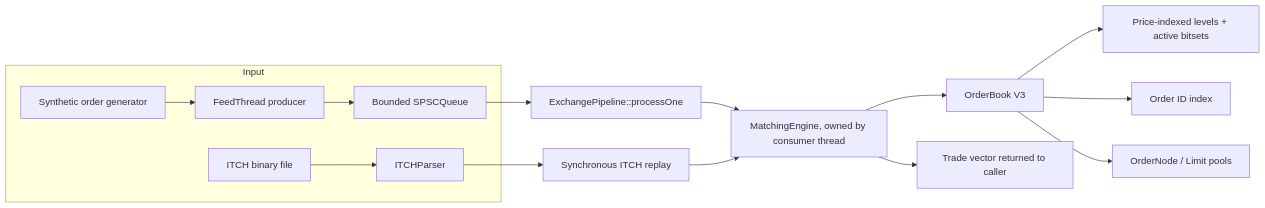
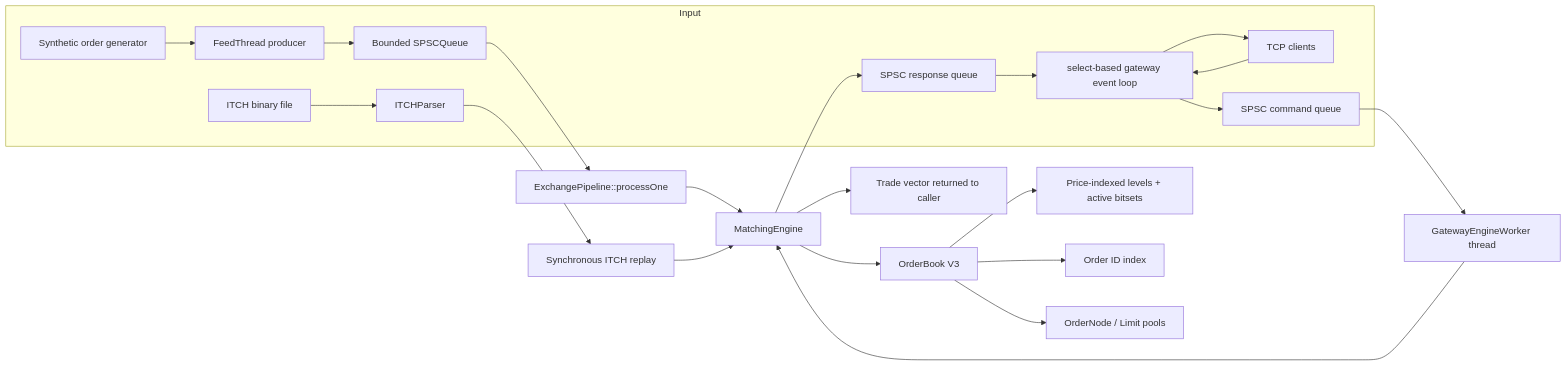
Before and after one commit to Sundramrai3691/low-latency-exchange-engine: the diagram in docs/ARCHITECTURE.md, drawn with Mermaid. The commit also changed other lines of this file and 12 other files, not shown here.

Commit message:
Enhance TCP gateway and order book functionality with new tests and benchmarks

````diff
--- a/docs/ARCHITECTURE.md
+++ b/docs/ARCHITECTURE.md
@@ -4,21 +4,30 @@
 ```mermaid
 flowchart LR
   subgraph Input
     Synthetic["Synthetic order generator"]
     Feed["FeedThread producer"]
     Queue["Bounded SPSCQueue<Order>"]
     ITCH["ITCHParser"]
     File["ITCH binary file"]
+    Clients["TCP clients"]
+    Gateway["select-based gateway event loop"]
+    Commands["SPSC command queue"]
+    Responses["SPSC response queue"]
   end
   Synthetic --> Feed --> Queue
   File --> ITCH
   Queue --> Loop["ExchangePipeline::processOne"]
-  ITCH --> Main
-  Loop --> Engine["MatchingEngine, owned by consumer thread"]
-  Main["Synchronous ITCH replay"] --> Engine
+  ITCH --> Main["Synchronous ITCH replay"]
+  Loop --> Engine["MatchingEngine"]
+  Main --> Engine
+  Clients --> Gateway --> Commands
+  Commands --> Worker["GatewayEngineWorker thread"]
+  Worker --> Engine
+  Engine --> Responses --> Gateway
+  Gateway --> Clients
   Engine --> Book["OrderBook V3"]
   Book --> Levels["Price-indexed levels + active bitsets"]
   Book --> Index["Order ID index"]
   Book --> Pools["OrderNode / Limit pools"]
   Engine --> Trades["Trade vector returned to caller"]
 ```
````
